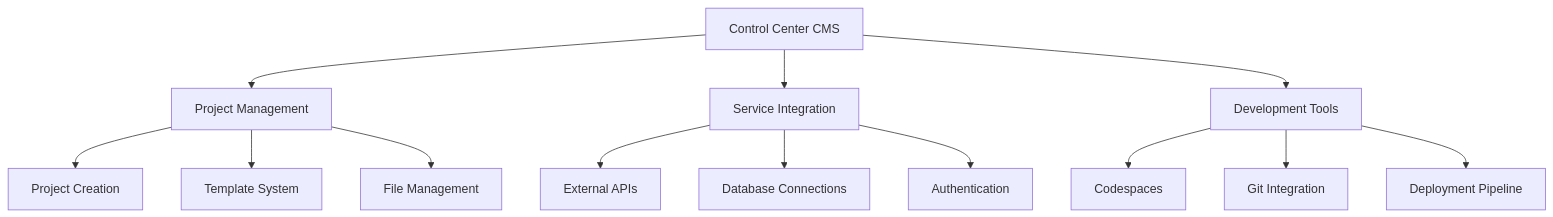
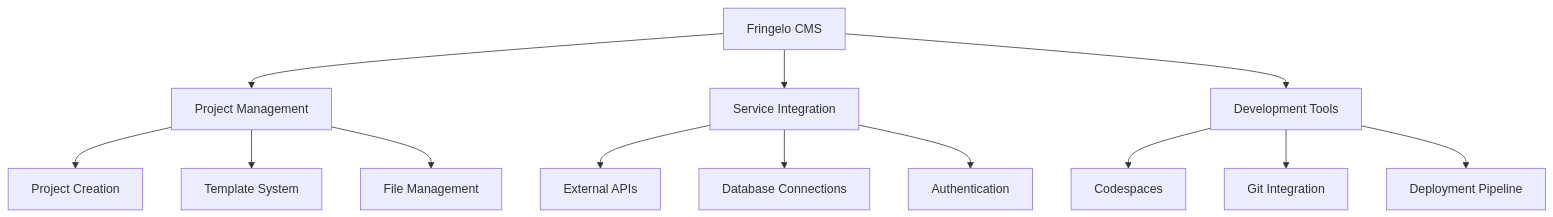
One commit to alexmen656/control-center-3 changed the diagram in api-docs/docs/cms/index.md. Above: the diagram before and after it, drawn with Mermaid. The commit also changed other lines of this file and 62 other files, not shown here.

Commit message:
feat: Rename Control Center to Fringelo

````diff
--- a/api-docs/docs/cms/index.md
+++ b/api-docs/docs/cms/index.md
@@ -39,18 +39,18 @@
 ```mermaid
 graph TB
-    A[Control Center CMS] --> B[Project Management]
+    A[Fringelo CMS] --> B[Project Management]
     A --> C[Service Integration]
     A --> D[Development Tools]
     
     B --> E[Project Creation]
     B --> F[Template System]
     B --> G[File Management]
     
     C --> H[External APIs]
     C --> I[Database Connections]
     C --> J[Authentication]
     
     D --> K[Codespaces]
     D --> L[Git Integration]
     D --> M[Deployment Pipeline]
 ```
````
